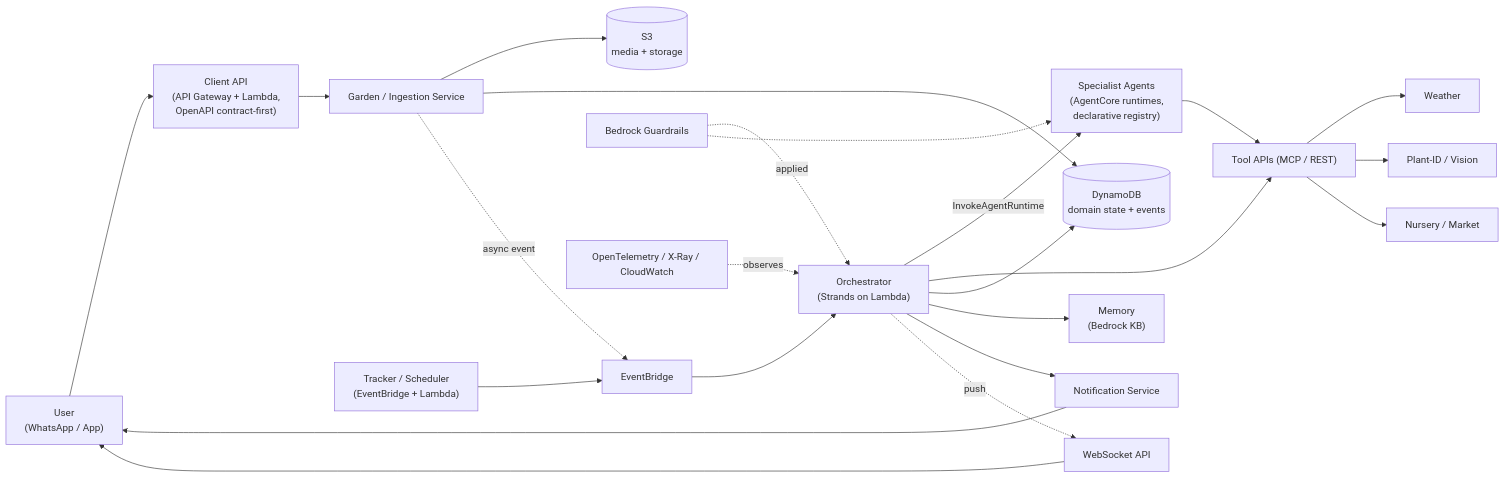
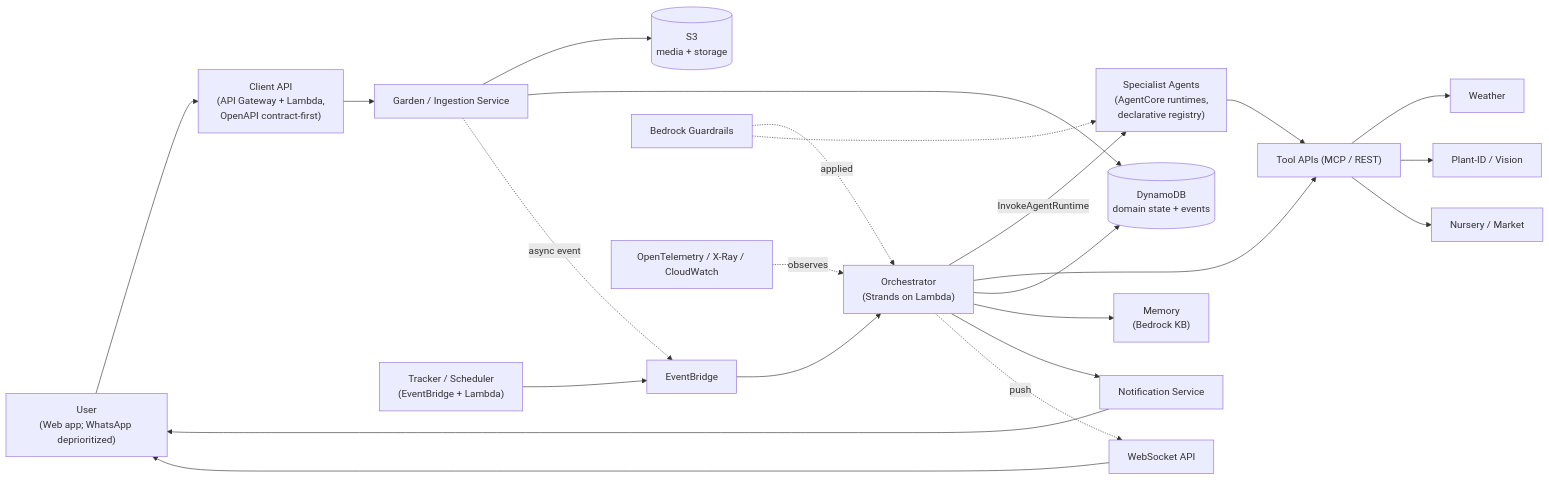
One commit to prashant-baj/tendril changed the third of 9 diagrams in docs/architecture/architecture.md. Above: the diagram before and after it, drawn with Mermaid. The commit also changed other lines of this file and 4 other files, not shown here.

Commit message:
docs: update HITL implementation to prioritize web UI over WhatsApp; reflect changes in backlog and ADRs

````diff
--- a/docs/architecture/architecture.md
+++ b/docs/architecture/architecture.md
@@ -63,25 +63,25 @@
 ```mermaid
 flowchart LR
-  U["User<br/>(WhatsApp / App)"] --> API["Client API<br/>(API Gateway + Lambda,<br/>OpenAPI contract-first)"]
+  U["User<br/>(Web app; WhatsApp deprioritized)"] --> API["Client API<br/>(API Gateway + Lambda,<br/>OpenAPI contract-first)"]
   API --> ING["Garden / Ingestion Service"]
   ING --> S3[("S3<br/>media + storage")]
   ING --> DDB[("DynamoDB<br/>domain state + events")]
   ING -. async event .-> EB["EventBridge"]
   EB --> ORCH["Orchestrator<br/>(Strands on Lambda)"]
   ORCH -->|InvokeAgentRuntime| SPEC["Specialist Agents<br/>(AgentCore runtimes,<br/>declarative registry)"]
   ORCH --> TOOLS["Tool APIs (MCP / REST)"]
   SPEC --> TOOLS
   TOOLS --> WX["Weather"]
   TOOLS --> VIS["Plant-ID / Vision"]
   TOOLS --> MKT["Nursery / Market"]
   ORCH --> DDB
   ORCH --> MEM["Memory<br/>(Bedrock KB)"]
   SCHED["Tracker / Scheduler<br/>(EventBridge + Lambda)"] --> EB
   ORCH --> NOTIF["Notification Service"]
   NOTIF --> U
   ORCH -. push .-> WS["WebSocket API"]
   WS --> U
   GRD["Bedrock Guardrails"] -. applied .-> ORCH
   GRD -.-> SPEC
   OTEL["OpenTelemetry / X-Ray / CloudWatch"] -. observes .-> ORCH
 ```
````
